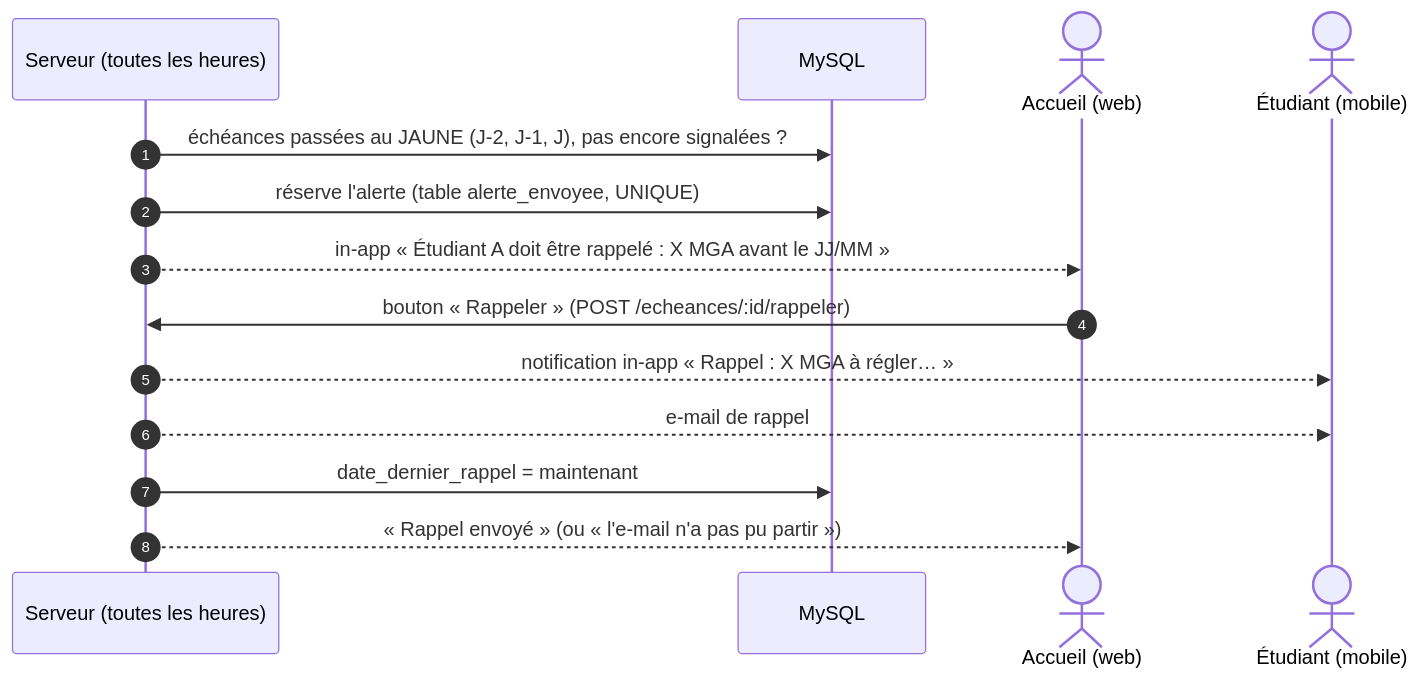
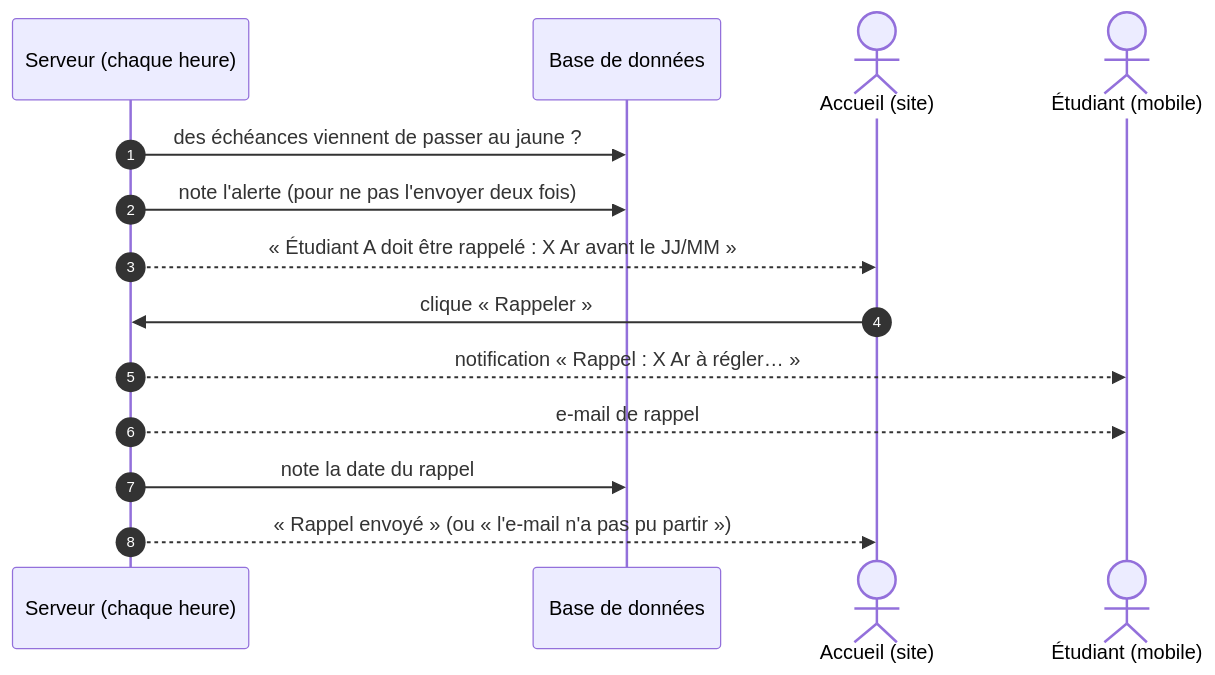
Before and after one commit to eliaTolojanahary/gestionFormation_stage: diagram 12 of 23 in FLUX-APPLICATION.md, drawn with Mermaid. The commit also changed other lines of this file and 69 other files, not shown here.

````diff
--- a/FLUX-APPLICATION.md
+++ b/FLUX-APPLICATION.md
@@ -885,17 +1244,17 @@
 ```mermaid
 sequenceDiagram
     autonumber
-    participant Srv as Serveur (toutes les heures)
-    participant DB as MySQL
-    actor A as Accueil (web)
+    participant Srv as Serveur (chaque heure)
+    participant DB as Base de données
+    actor A as Accueil (site)
     actor E as Étudiant (mobile)
 
-    Srv->>DB: échéances passées au JAUNE (J-2, J-1, J), pas encore signalées ?
-    Srv->>DB: réserve l'alerte (table alerte_envoyee, UNIQUE)
-    Srv-->>A: in-app « Étudiant A doit être rappelé : X MGA avant le JJ/MM »
-    A->>Srv: bouton « Rappeler » (POST /echeances/:id/rappeler)
-    Srv-->>E: notification in-app « Rappel : X MGA à régler… »
+    Srv->>DB: des échéances viennent de passer au jaune ?
+    Srv->>DB: note l'alerte (pour ne pas l'envoyer deux fois)
+    Srv-->>A: « Étudiant A doit être rappelé : X Ar avant le JJ/MM »
+    A->>Srv: clique « Rappeler »
+    Srv-->>E: notification « Rappel : X Ar à régler… »
     Srv-->>E: e-mail de rappel
-    Srv->>DB: date_dernier_rappel = maintenant
+    Srv->>DB: note la date du rappel
     Srv-->>A: « Rappel envoyé » (ou « l'e-mail n'a pas pu partir »)
 ```
````
